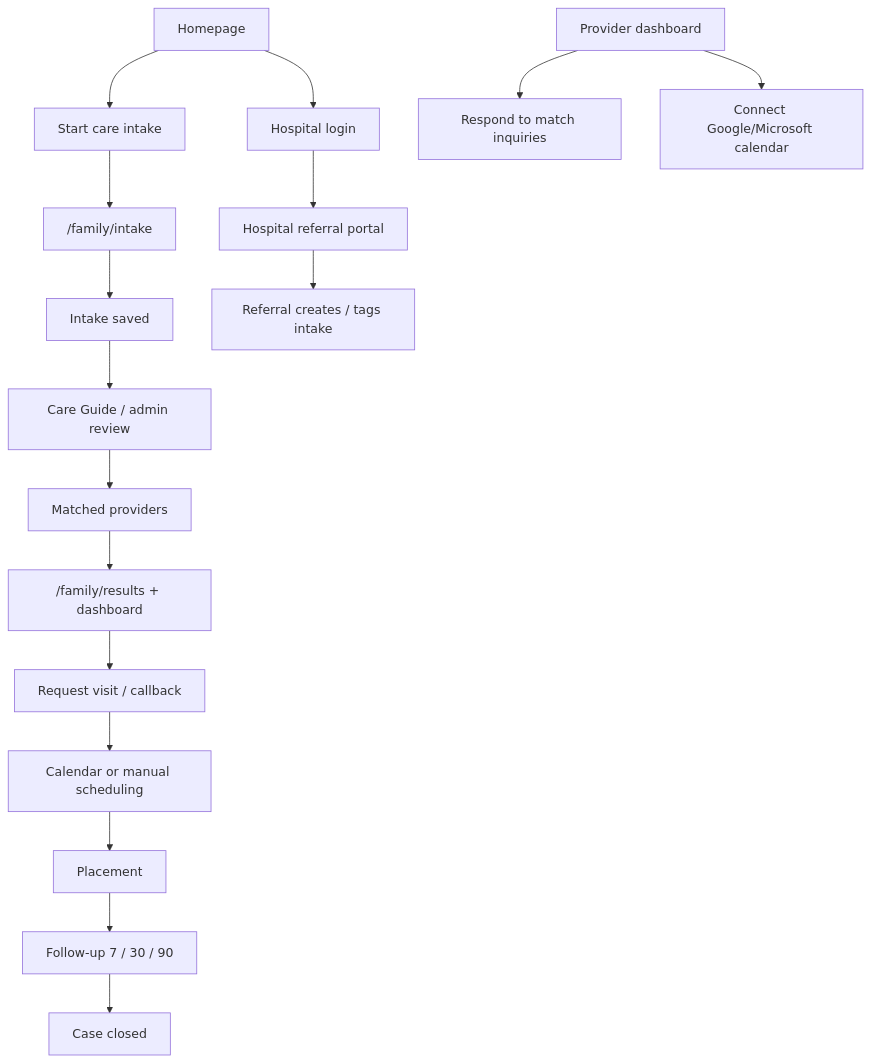
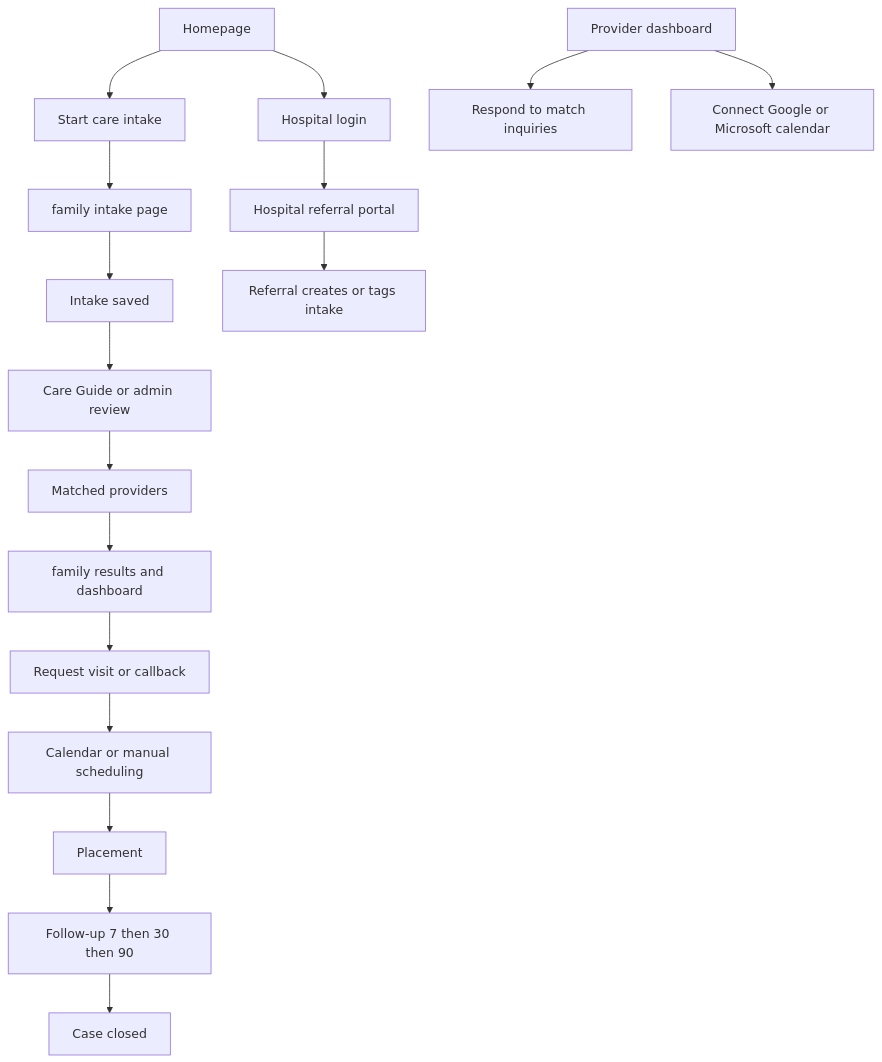
The first of 3 diagrams in docs/CLIENT_PRODUCT_CUTOVER_BRIEF.md (shashipoojary/Shepherds-Oud), drawn with Mermaid before and after one commit. The commit also changed other lines of this file and 2 other files, not shown here.

First line of the commit message:
Fix client brief Mermaid for GitHub and slim provider nav.

````diff
--- a/docs/CLIENT_PRODUCT_CUTOVER_BRIEF.md
+++ b/docs/CLIENT_PRODUCT_CUTOVER_BRIEF.md
@@ -42,21 +42,21 @@
 ```mermaid
 flowchart TD
   A[Homepage] --> B[Start care intake]
-  B --> C["/family/intake"]
+  B --> C[family intake page]
   C --> D[Intake saved]
-  D --> E[Care Guide / admin review]
+  D --> E[Care Guide or admin review]
   E --> F[Matched providers]
-  F --> G["/family/results + dashboard"]
-  G --> H[Request visit / callback]
+  F --> G[family results and dashboard]
+  G --> H[Request visit or callback]
   H --> I[Calendar or manual scheduling]
   I --> J[Placement]
-  J --> K[Follow-up 7 / 30 / 90]
+  J --> K[Follow-up 7 then 30 then 90]
   K --> L[Case closed]
 
   A --> M[Hospital login]
   M --> N[Hospital referral portal]
-  N --> O[Referral creates / tags intake]
+  N --> O[Referral creates or tags intake]
 
   P[Provider dashboard] --> Q[Respond to match inquiries]
-  P --> R[Connect Google/Microsoft calendar]
+  P --> R[Connect Google or Microsoft calendar]
 ```
````
